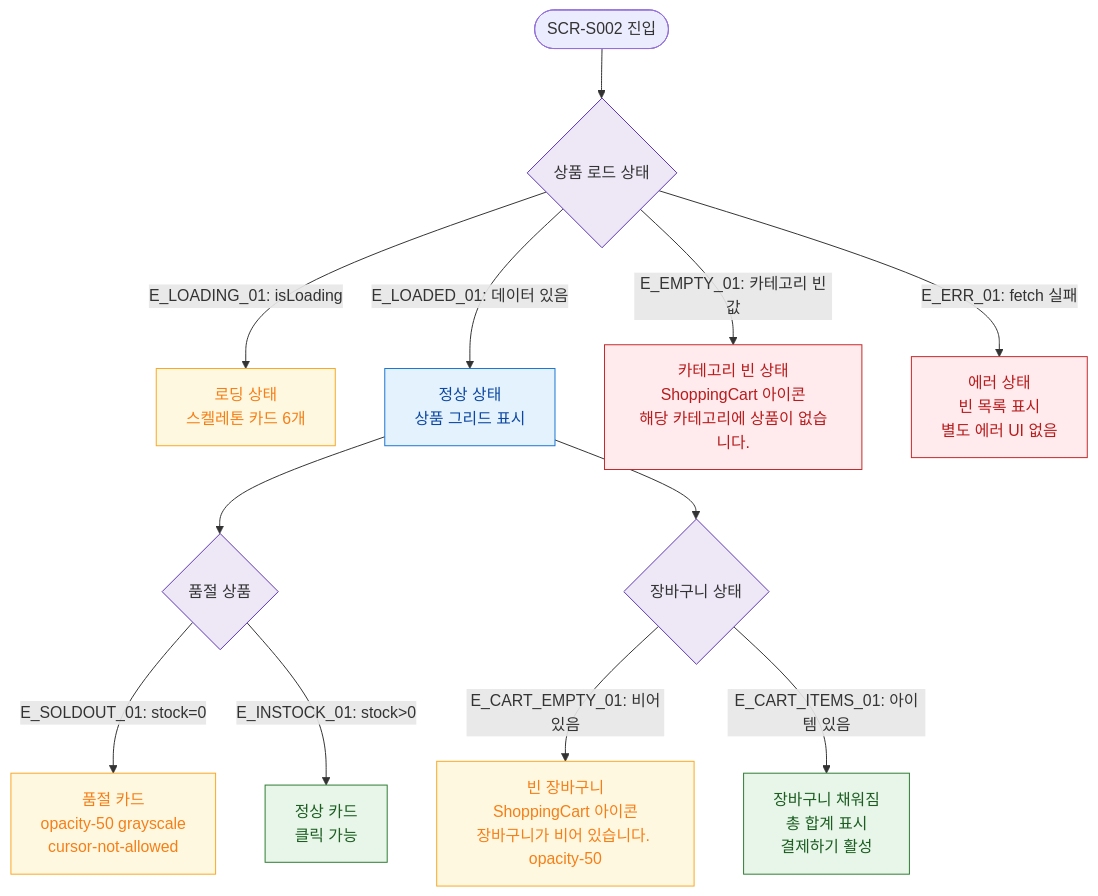
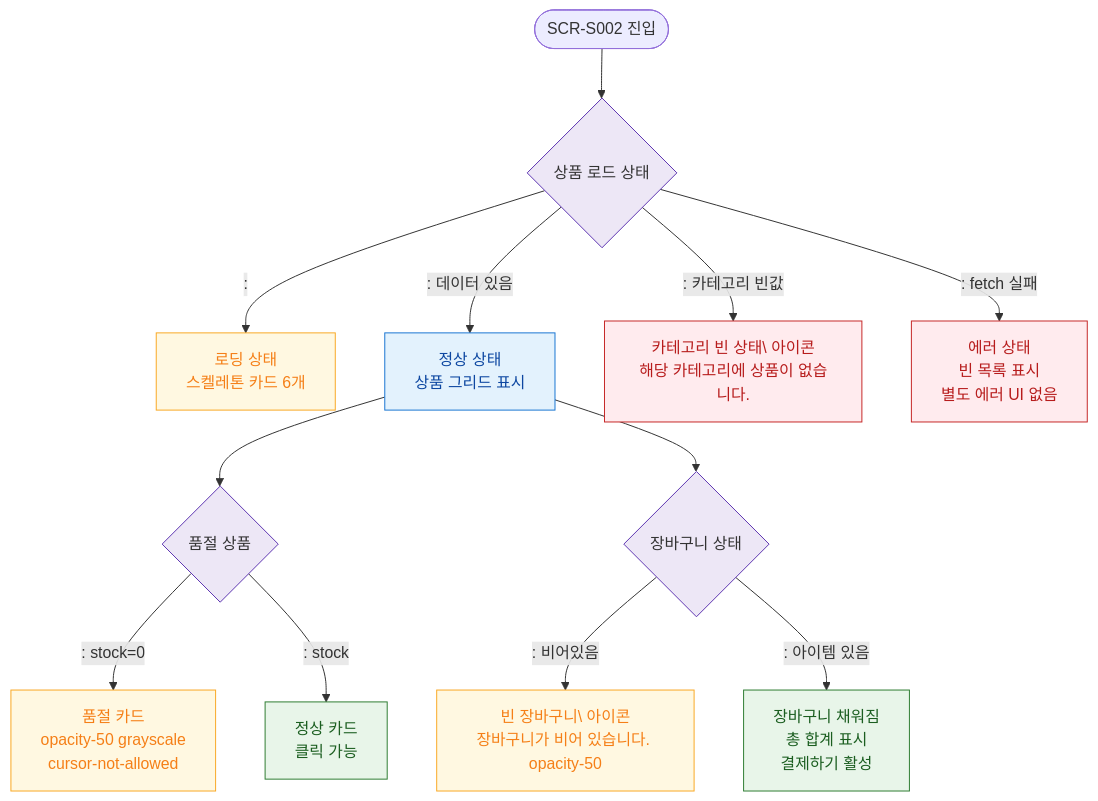
One commit to dev-spogym/admin-pando changed the diagram in docs/다이어그램/D03_매출관리/SCR-S002_POS판매/F6_상태별.md. Above: the diagram before and after it, drawn with Mermaid. The commit also changed other lines of this file and 1660 other files, not shown here.

First line of the commit message:
다이어그램: 기획자/클라이언트 납품본으로 정리

````diff
--- a/docs/다이어그램/D03_매출관리/SCR-S002_POS판매/F6_상태별.md
+++ b/docs/다이어그램/D03_매출관리/SCR-S002_POS판매/F6_상태별.md
@@ -20,29 +18,29 @@
 ```mermaid
 flowchart TD
     ENTRY([SCR-S002 진입]) --> PROD_LOAD{상품 로드 상태}
 
-    PROD_LOAD -->|"E_LOADING_01: isLoading"| SKEL[로딩 상태\n스켈레톤 카드 6개]
-    PROD_LOAD -->|"E_LOADED_01: 데이터 있음"| NORMAL[정상 상태\n상품 그리드 표시]
-    PROD_LOAD -->|"E_EMPTY_01: 카테고리 빈값"| CAT_EMPTY[카테고리 빈 상태\nShoppingCart 아이콘\n해당 카테고리에 상품이 없습니다.]
-    PROD_LOAD -->|"E_ERR_01: fetch 실패"| ERR_STATE[에러 상태\n빈 목록 표시\n별도 에러 UI 없음]
+    PROD_LOAD -->|": "|SKEL[로딩 상태\n스켈레톤 카드 6개]
+    PROD_LOAD -->|": 데이터 있음"|NORMAL[정상 상태\n상품 그리드 표시]
+    PROD_LOAD -->|": 카테고리 빈값"|CAT_EMPTY[카테고리 빈 상태\ 아이콘\n해당 카테고리에 상품이 없습니다.]
+    PROD_LOAD -->|": fetch 실패"|ERR_STATE[에러 상태\n빈 목록 표시\n별도 에러 UI 없음]
 
     NORMAL --> SOLDOUT_STATE{품절 상품}
-    SOLDOUT_STATE -->|"E_SOLDOUT_01: stock=0"| SOLDOUT_CARD[품절 카드\nopacity-50 grayscale\ncursor-not-allowed]
-    SOLDOUT_STATE -->|"E_INSTOCK_01: stock>0"| NORMAL_CARD[정상 카드\n클릭 가능]
+    SOLDOUT_STATE -->|": stock=0"|SOLDOUT_CARD[품절 카드\nopacity-50 grayscale\ncursor-not-allowed]
+    SOLDOUT_STATE -->|": stock"|NORMAL_CARD[정상 카드\n클릭 가능]
 
     NORMAL --> CART_STATE{장바구니 상태}
-    CART_STATE -->|"E_CART_EMPTY_01: 비어있음"| EMPTY_CART[빈 장바구니\nShoppingCart 아이콘\n장바구니가 비어 있습니다. opacity-50]
-    CART_STATE -->|"E_CART_ITEMS_01: 아이템 있음"| CART_FILLED[장바구니 채워짐\n총 합계 표시\n결제하기 활성]
+    CART_STATE -->|": 비어있음"|EMPTY_CART[빈 장바구니\ 아이콘\n장바구니가 비어 있습니다. opacity-50]
+    CART_STATE -->|": 아이템 있음"|CART_FILLED[장바구니 채워짐\n총 합계 표시\n결제하기 활성]
 
     classDef screen fill:#E3F2FD,stroke:#1976D2,color:#0D47A1
     classDef error fill:#FFEBEE,stroke:#C62828,color:#B71C1C
     classDef warning fill:#FFF8E1,stroke:#F9A825,color:#F57F17
     classDef system fill:#EDE7F6,stroke:#5E35B2
     classDef success fill:#E8F5E9,stroke:#2E7D32,color:#1B5E20
 
     class NORMAL screen
     class ERR_STATE,CAT_EMPTY error
     class SKEL,SOLDOUT_CARD,EMPTY_CART warning
     class PROD_LOAD,SOLDOUT_STATE,CART_STATE system
     class CART_FILLED,NORMAL_CARD success
 ```
````
